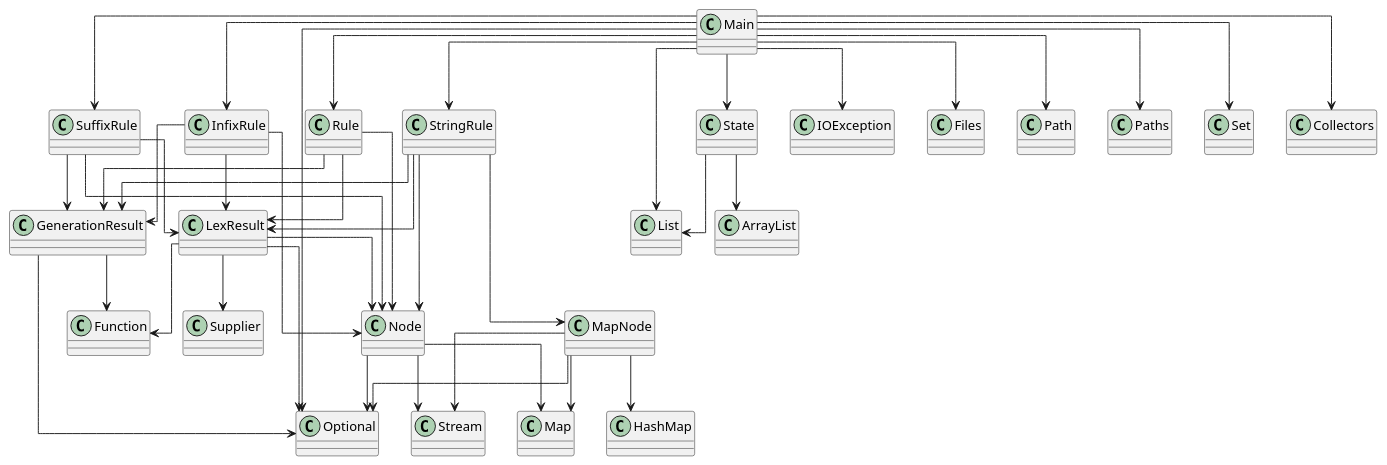
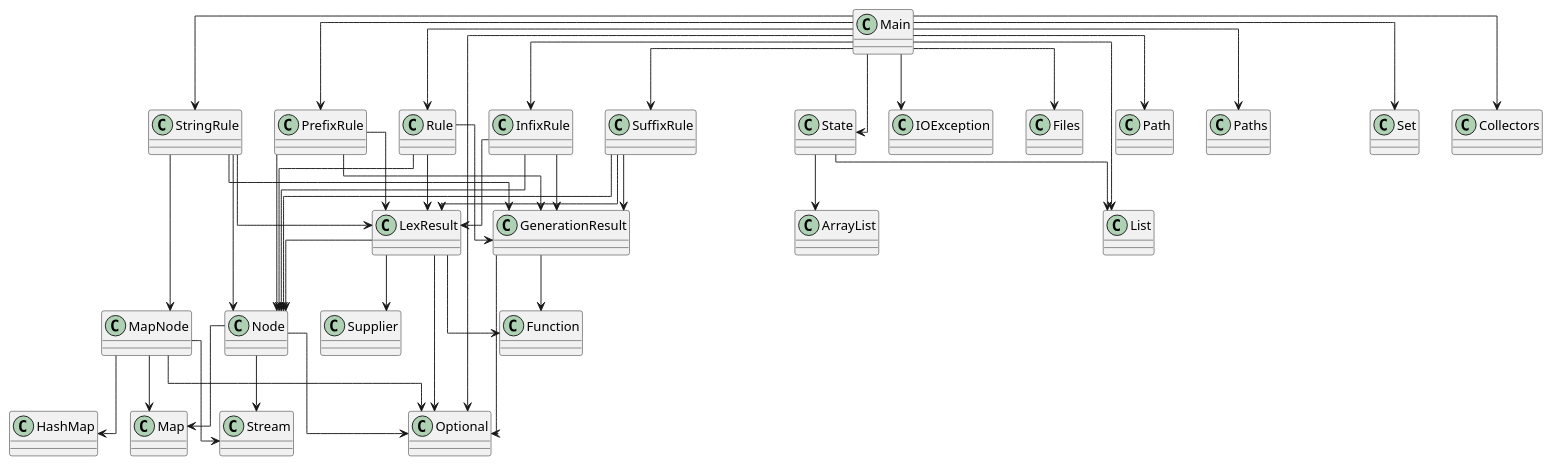
The diagram in diagram.puml (SirMathhman/Magma), drawn with PlantUML before and after one commit. The commit also changed 2 other files, not shown here.

Commit message:
PrefixRule

```diff
--- a/diagram.puml
+++ b/diagram.puml
@@ -1,54 +1,59 @@
 @startuml
 skinparam linetype ortho
 class SuffixRule
 SuffixRule --> Node
 SuffixRule --> GenerationResult
 SuffixRule --> LexResult
 class Node
 Node --> Map
 Node --> Optional
 Node --> Stream
 class GenerationResult
 GenerationResult --> Optional
 GenerationResult --> Function
 class Rule
 Rule --> Node
 Rule --> GenerationResult
 Rule --> LexResult
 class LexResult
 LexResult --> Node
 LexResult --> Optional
 LexResult --> Function
 LexResult --> Supplier
 class InfixRule
 InfixRule --> Node
 InfixRule --> GenerationResult
 InfixRule --> LexResult
 class Main
 Main --> State
 Main --> InfixRule
+Main --> PrefixRule
 Main --> Rule
 Main --> StringRule
 Main --> SuffixRule
 Main --> IOException
 Main --> Files
 Main --> Path
 Main --> Paths
 Main --> List
 Main --> Optional
 Main --> Set
 Main --> Collectors
 class MapNode
 MapNode --> HashMap
 MapNode --> Map
 MapNode --> Optional
 MapNode --> Stream
+class PrefixRule
+PrefixRule --> Node
+PrefixRule --> GenerationResult
+PrefixRule --> LexResult
 class StringRule
 StringRule --> MapNode
 StringRule --> Node
 StringRule --> GenerationResult
 StringRule --> LexResult
 class State
 State --> ArrayList
 State --> List
 @enduml
```
